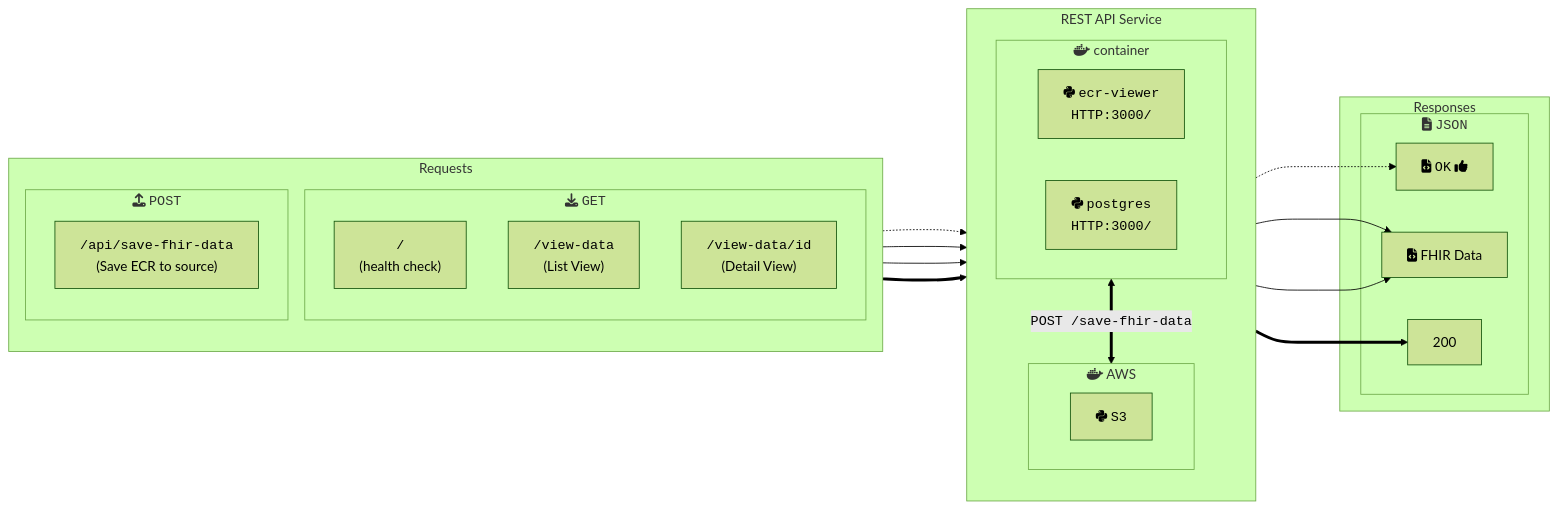
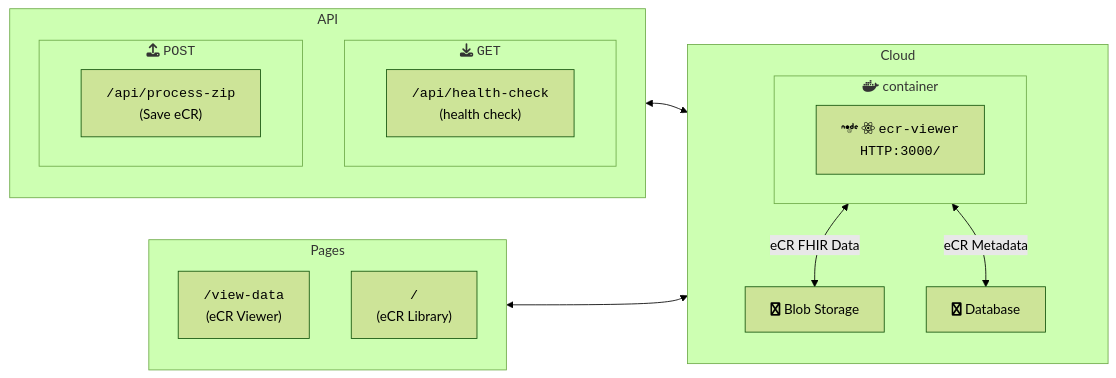
The diagram in containers/ecr-viewer/README.md (CDCgov/dibbs-ecr-viewer), drawn with Mermaid (forest theme) before and after one commit. The commit also changed other lines of this file and 9 other files, not shown here.

````diff
--- a/containers/ecr-viewer/README.md
+++ b/containers/ecr-viewer/README.md
@@ -141,43 +143,29 @@
 ```mermaid
 flowchart LR
-
-  subgraph requests["Requests"]
+  subgraph api["API"]
     direction TB
     subgraph GET["fas:fa-download <code>GET</code>"]
-      hc["<code>/</code>\n(health check)"]
-      viewdata["<code>/view-data</code>\n(List View)"]
-      detail["<code>/view-data/id</code>\n(Detail View)"]
-
+      hc["<code>/api/health-check</code><br />(health check)"]
     end
     subgraph POST["fas:fa-upload <code>POST</code>"]
-      ecr["<code>/api/save-fhir-data</code>\n(Save ECR to source)"]
+      saveFhirData["<code>/api/process-zip</code><br />(Save eCR)"]
     end
   end
-
-
-  subgraph service[REST API Service]
+  subgraph pages["Pages"]
+    direction TB
+      view-data["<code>/view-data</code><br />(eCR Viewer)"]
+      ecr["<code>/</code><br />(eCR Library)"]
+  end
+  subgraph service[Cloud]
     direction TB
     subgraph mr["fab:fa-docker container"]
-      viewer["fab:fa-python <code>ecr-viewer<br>HTTP:3000/</code>"]
-	  postgres["fab:fa-python <code>postgres<br>HTTP:3000/</code>"]
+      viewer["fab:fa-node fab:fa-react <code>ecr-viewer<br>HTTP:3000/</code>"]
     end
-    subgraph aws["fab:fa-docker AWS"]
-      s3["fab:fa-python <code>S3</code>"]
-    end
-	mr <==> |<code>POST /save-fhir-data</code>| aws
-
+    blobStorage["fab:fa-file Blob Storage"]
+    postgres["fab:fa-database Database"]
+	mr <--> |eCR FHIR Data| blobStorage
+	mr <--> |eCR Metadata| postgres
   end
-
-  subgraph response["Responses"]
-    subgraph JSON["fa:fa-file-alt <code>JSON</code>"]
-      rsp-hc["fa:fa-file-code <code>OK</code> fa:fa-thumbs-up"]
-      fhirdata["fa:fa-file-code FHIR Data"]
-	  post-ecr["200"]
-    end
-  end
-
-hc -.-> mr -.-> rsp-hc
-viewdata --> mr --> fhirdata
-detail --> mr --> fhirdata
-ecr ===> mr ===> post-ecr
+  api <--> mr
+  pages <--> mr
 ```
````
